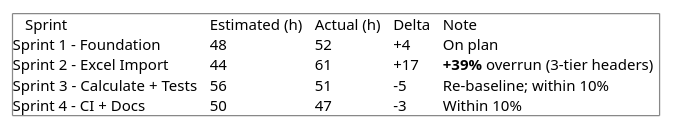
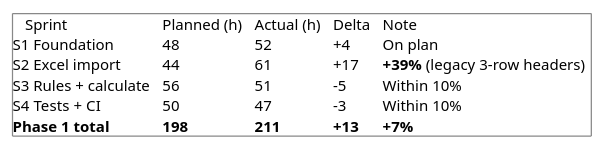
The diagram in docs/diagrams/11-sprint-hours-bar-chart.puml (chenyuxiangAK47/cloudwarehouse-csharp), drawn with PlantUML before and after one commit. The commit also changed other lines of this file and 98 other files, not shown here.

```diff
--- a/docs/diagrams/11-sprint-hours-bar-chart.puml
+++ b/docs/diagrams/11-sprint-hours-bar-chart.puml
@@ -1,11 +1,12 @@
 @startsalt CloudWarehouse_Sprint_Hours
 {
 {T+
-+ Sprint | Estimated (h) | Actual (h) | Delta | Note
-| Sprint 1 - Foundation | 48 | 52 | +4 | On plan
-| Sprint 2 - Excel Import | 44 | 61 | +17 | **+39%** overrun (3-tier headers)
-| Sprint 3 - Calculate + Tests | 56 | 51 | -5 | Re-baseline; within 10%
-| Sprint 4 - CI + Docs | 50 | 47 | -3 | Within 10%
++ Sprint | Planned (h) | Actual (h) | Delta | Note
+| S1 Foundation | 48 | 52 | +4 | On plan
+| S2 Excel import | 44 | 61 | +17 | **+39%** (legacy 3-row headers)
+| S3 Rules + calculate | 56 | 51 | -5 | Within 10%
+| S4 Tests + CI | 50 | 47 | -3 | Within 10%
+| **Phase 1 total** | **198** | **211** | **+13** | **+7%**
 }
 }
 @endsalt
```
